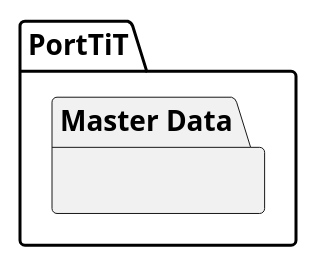
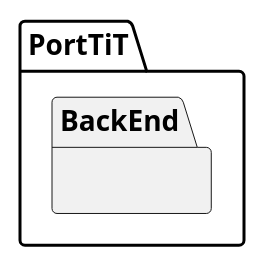
Before and after one commit to BernasDzn/portit: the diagram in docs/sprint_1/global_artifacts/arquitecture/level_2/implementation_view/l2_implementation_view.puml, drawn with PlantUML. The commit also changed 7 other files, not shown here.

```diff
--- a/docs/sprint_1/global_artifacts/arquitecture/level_2/implementation_view/l2_implementation_view.puml
+++ b/docs/sprint_1/global_artifacts/arquitecture/level_2/implementation_view/l2_implementation_view.puml
@@ -1,11 +1,11 @@
-@startuml logicview_n4
+@startuml implementationview_n2
 skinparam Linetype polyline
 
 package "PortTiT" {
 
-	package "Master Data" {
+	package BackEnd {
 		
 	}
 }
 
 @enduml
```
